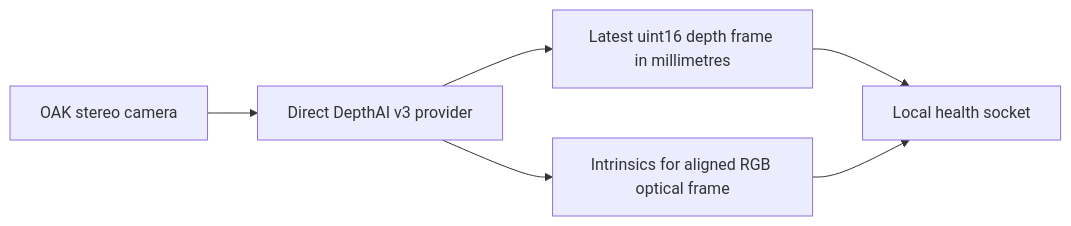
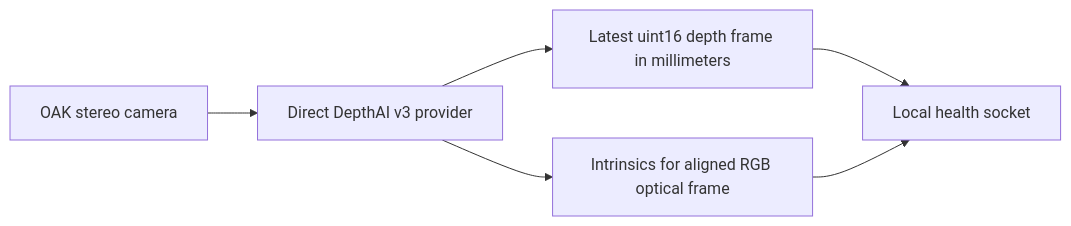
One commit to mofe64/atlas changed the diagram in docs/spatial-runtime.md. Above: the diagram before and after it, drawn with Mermaid. The commit also changed other lines of this file and 24 other files, not shown here.

````diff
--- a/docs/spatial-runtime.md
+++ b/docs/spatial-runtime.md
@@ -10,8 +13,8 @@
 ```mermaid
 flowchart LR
     OAK["OAK stereo camera"] --> DepthAI["Direct DepthAI v3 provider"]
-    DepthAI --> Frame["Latest uint16 depth frame in millimetres"]
+    DepthAI --> Frame["Latest uint16 depth frame in millimeters"]
     DepthAI --> Calibration["Intrinsics for aligned RGB optical frame"]
     Frame --> Health["Local health socket"]
     Calibration --> Health
 ```
````
